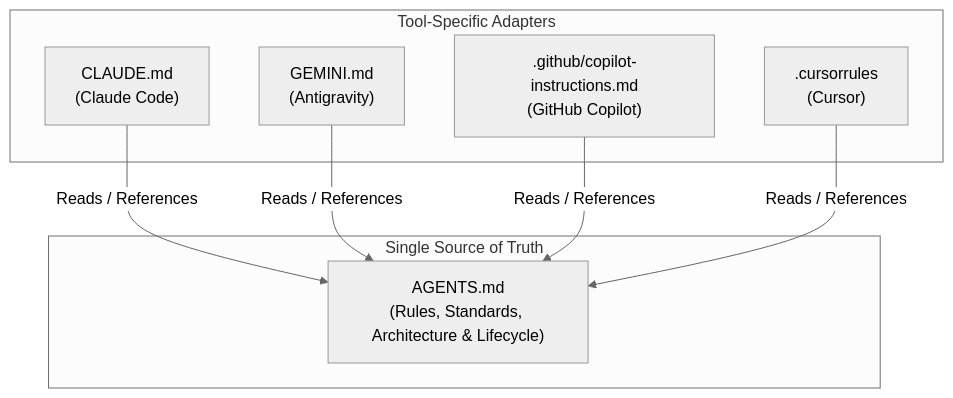
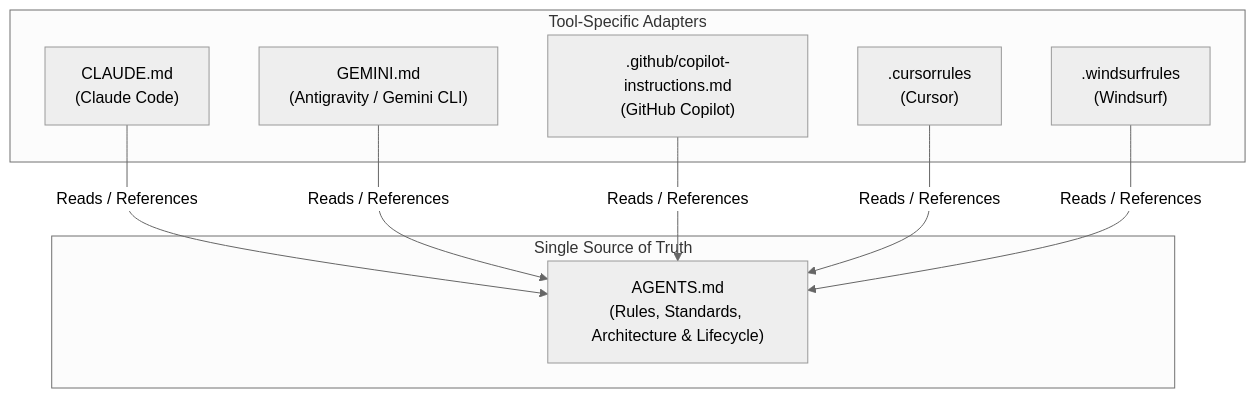
The diagram in docs/ai-agents-strategy.md (eovares/ai-frontend-starter), drawn with Mermaid (neutral theme) before and after one commit. The commit also changed other lines of this file and 2 other files, not shown here.

Commit message:
docs: document multi-configuration architecture and cross-assistant adapter matrix

````diff
--- a/docs/ai-agents-strategy.md
+++ b/docs/ai-agents-strategy.md
@@ -32,18 +34,20 @@
 ```mermaid
 flowchart TD
     subgraph SSOT["Single Source of Truth"]
         AGENTS["AGENTS.md<br/>(Rules, Standards, Architecture & Lifecycle)"]
     end
 
     subgraph Adapters["Tool-Specific Adapters"]
         CLAUDE["CLAUDE.md<br/>(Claude Code)"]
-        GEMINI["GEMINI.md<br/>(Antigravity)"]
+        GEMINI["GEMINI.md<br/>(Antigravity / Gemini CLI)"]
         COPILOT[".github/copilot-instructions.md<br/>(GitHub Copilot)"]
         CURSOR[".cursorrules<br/>(Cursor)"]
+        WINDSURF[".windsurfrules<br/>(Windsurf)"]
     end
 
     CLAUDE -->|Reads / References| AGENTS
     GEMINI -->|Reads / References| AGENTS
     COPILOT -->|Reads / References| AGENTS
     CURSOR -->|Reads / References| AGENTS
+    WINDSURF -->|Reads / References| AGENTS
 ```
````
